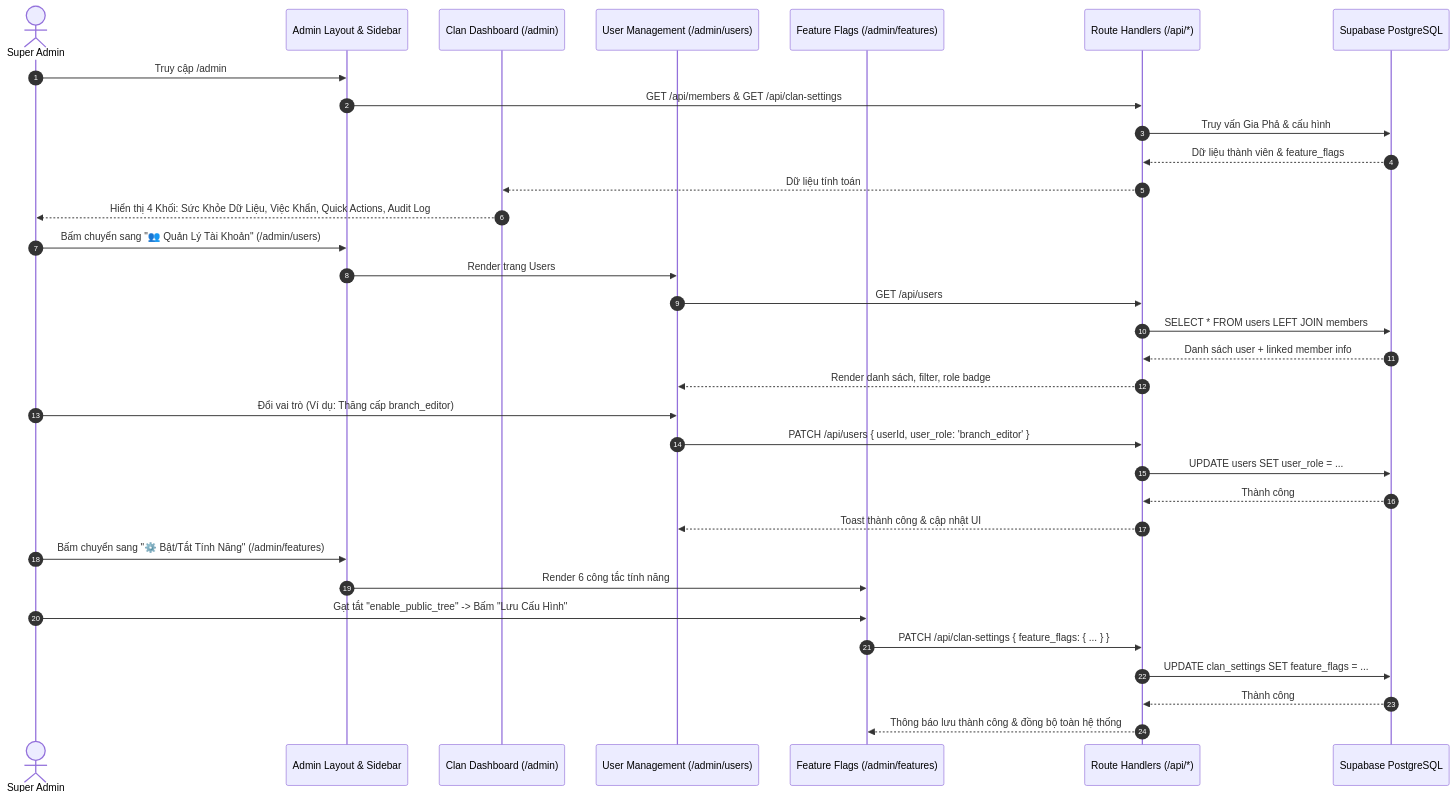
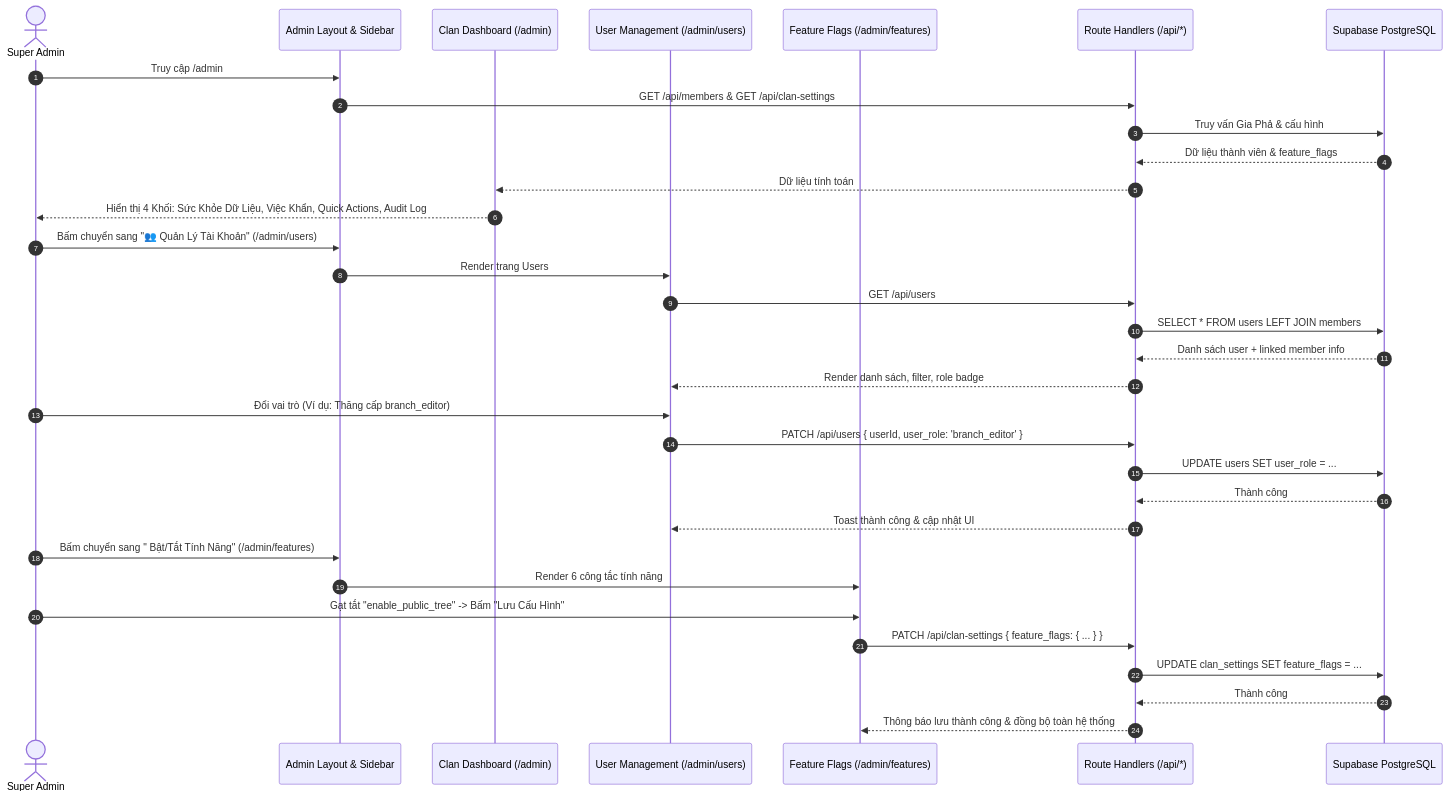
The first of 8 diagrams in docs/16_Micro-Spec_Milestone_7_Admin_Portal_Reorganization.md (giappt/gia-pha), drawn with Mermaid before and after one commit. The commit also changed other lines of this file and 22 other files, not shown here.

````diff
--- a/docs/16_Micro-Spec_Milestone_7_Admin_Portal_Reorganization.md
+++ b/docs/16_Micro-Spec_Milestone_7_Admin_Portal_Reorganization.md
@@ -56,38 +56,38 @@
 ```mermaid
 sequenceDiagram
     autonumber
     actor Admin as Super Admin
     participant Shell as Admin Layout & Sidebar
     participant Dash as Clan Dashboard (/admin)
     participant UsersPage as User Management (/admin/users)
     participant FeatPage as Feature Flags (/admin/features)
     participant API as Route Handlers (/api/*)
     participant DB as Supabase PostgreSQL
 
     Admin->>Shell: Truy cập /admin
     Shell->>API: GET /api/members & GET /api/clan-settings
     API->>DB: Truy vấn Gia Phả & cấu hình
     DB-->>API: Dữ liệu thành viên & feature_flags
     API-->>Dash: Dữ liệu tính toán
     Dash-->>Admin: Hiển thị 4 Khối: Sức Khỏe Dữ Liệu, Việc Khẩn, Quick Actions, Audit Log
 
     Admin->>Shell: Bấm chuyển sang "👥 Quản Lý Tài Khoản" (/admin/users)
     Shell->>UsersPage: Render trang Users
     UsersPage->>API: GET /api/users
     API->>DB: SELECT * FROM users LEFT JOIN members
     DB-->>API: Danh sách user + linked member info
     API-->>UsersPage: Render danh sách, filter, role badge
     Admin->>UsersPage: Đổi vai trò (Ví dụ: Thăng cấp branch_editor)
     UsersPage->>API: PATCH /api/users { userId, user_role: 'branch_editor' }
     API->>DB: UPDATE users SET user_role = ...
     DB-->>API: Thành công
     API-->>UsersPage: Toast thành công & cập nhật UI
 
-    Admin->>Shell: Bấm chuyển sang "⚙️ Bật/Tắt Tính Năng" (/admin/features)
+    Admin->>Shell: Bấm chuyển sang " Bật/Tắt Tính Năng" (/admin/features)
     Shell->>FeatPage: Render 6 công tắc tính năng
     Admin->>FeatPage: Gạt tắt "enable_public_tree" -> Bấm "Lưu Cấu Hình"
     FeatPage->>API: PATCH /api/clan-settings { feature_flags: { ... } }
     API->>DB: UPDATE clan_settings SET feature_flags = ...
     DB-->>API: Thành công
     API-->>FeatPage: Thông báo lưu thành công & đồng bộ toàn hệ thống
 ```
````
